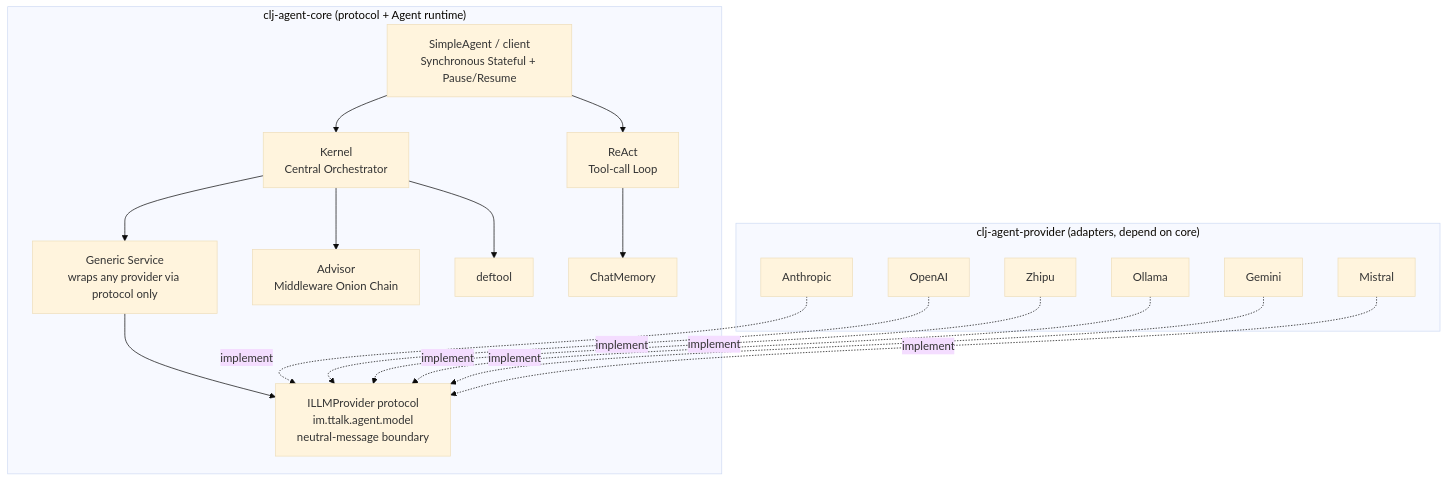
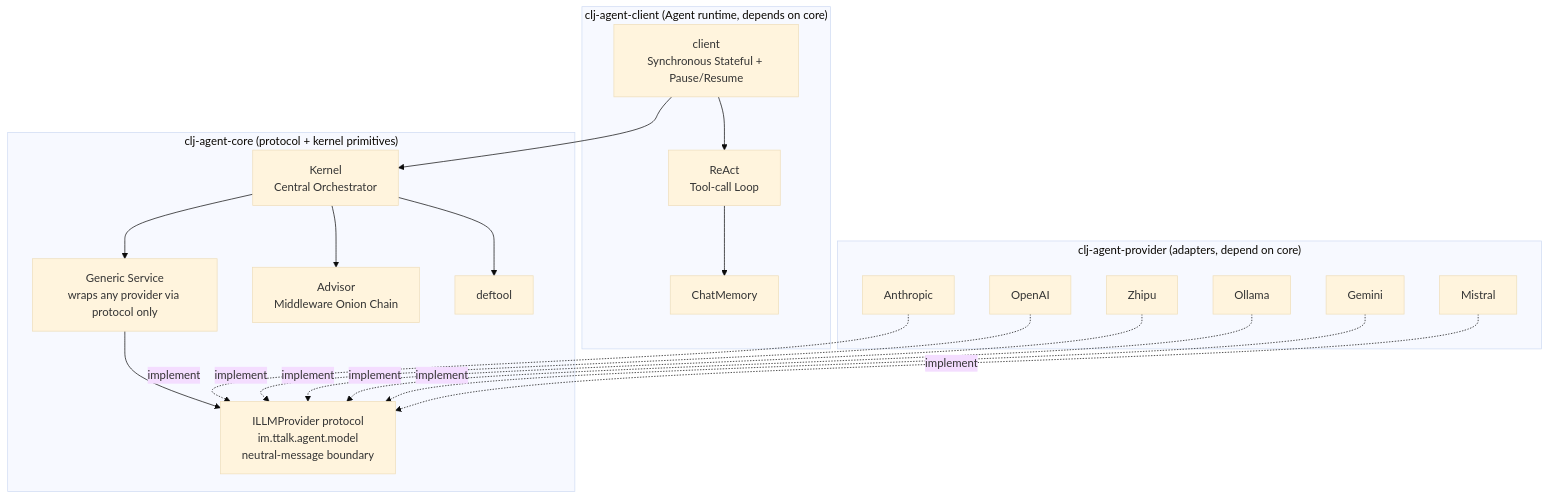
One commit to TTalkPro/clj-agent changed the first of 2 diagrams in README_EN.md. Above: the diagram before and after it, drawn with Mermaid (base theme). The commit also changed other lines of this file and 29 other files, not shown here.

First line of the commit message:
refactor: 拆分 clj-agent-client 模块（onion-filter 设计收尾）

````diff
--- a/README_EN.md
+++ b/README_EN.md
@@ -23,31 +23,34 @@
 ```mermaid
 graph TB
-    subgraph "clj-agent-core (protocol + Agent runtime)"
+    subgraph "clj-agent-core (protocol + kernel primitives)"
         PROTO[ILLMProvider protocol<br/>im.ttalk.agent.model<br/>neutral-message boundary]
         SV[Generic Service<br/>wraps any provider via protocol only]
-        SA[SimpleAgent / client<br/>Synchronous Stateful + Pause/Resume]
         K[Kernel<br/>Central Orchestrator]
-        RE[ReAct<br/>Tool-call Loop]
         AD[Advisor<br/>Middleware Onion Chain]
         T[deftool]
+    end
+
+    subgraph "clj-agent-client (Agent runtime, depends on core)"
+        SA[client<br/>Synchronous Stateful + Pause/Resume]
+        RE[ReAct<br/>Tool-call Loop]
         ME[ChatMemory]
     end
 
     subgraph "clj-agent-provider (adapters, depend on core)"
         AN[Anthropic]
         OA[OpenAI]
         ZP[Zhipu]
         OL[Ollama]
         GM[Gemini]
         MS[Mistral]
     end
 
     SA --> K
     SA --> RE
     K --> T
     K --> AD
     K --> SV
     RE --> ME
     SV --> PROTO
     AN & OA & ZP & OL & GM & MS -. implement .-> PROTO
 ```
````
